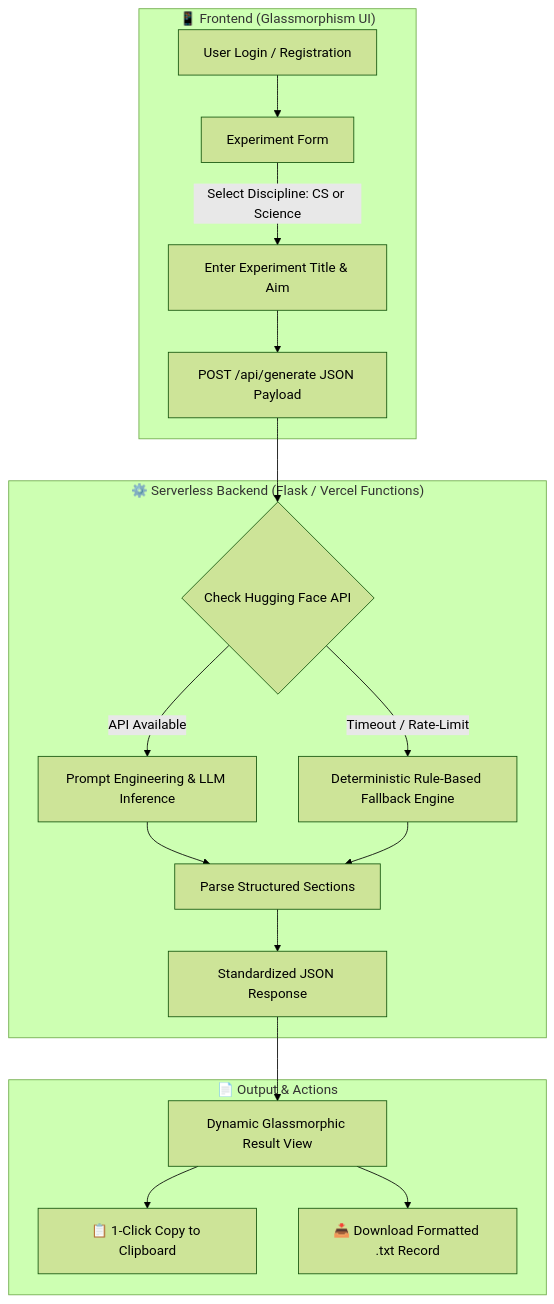
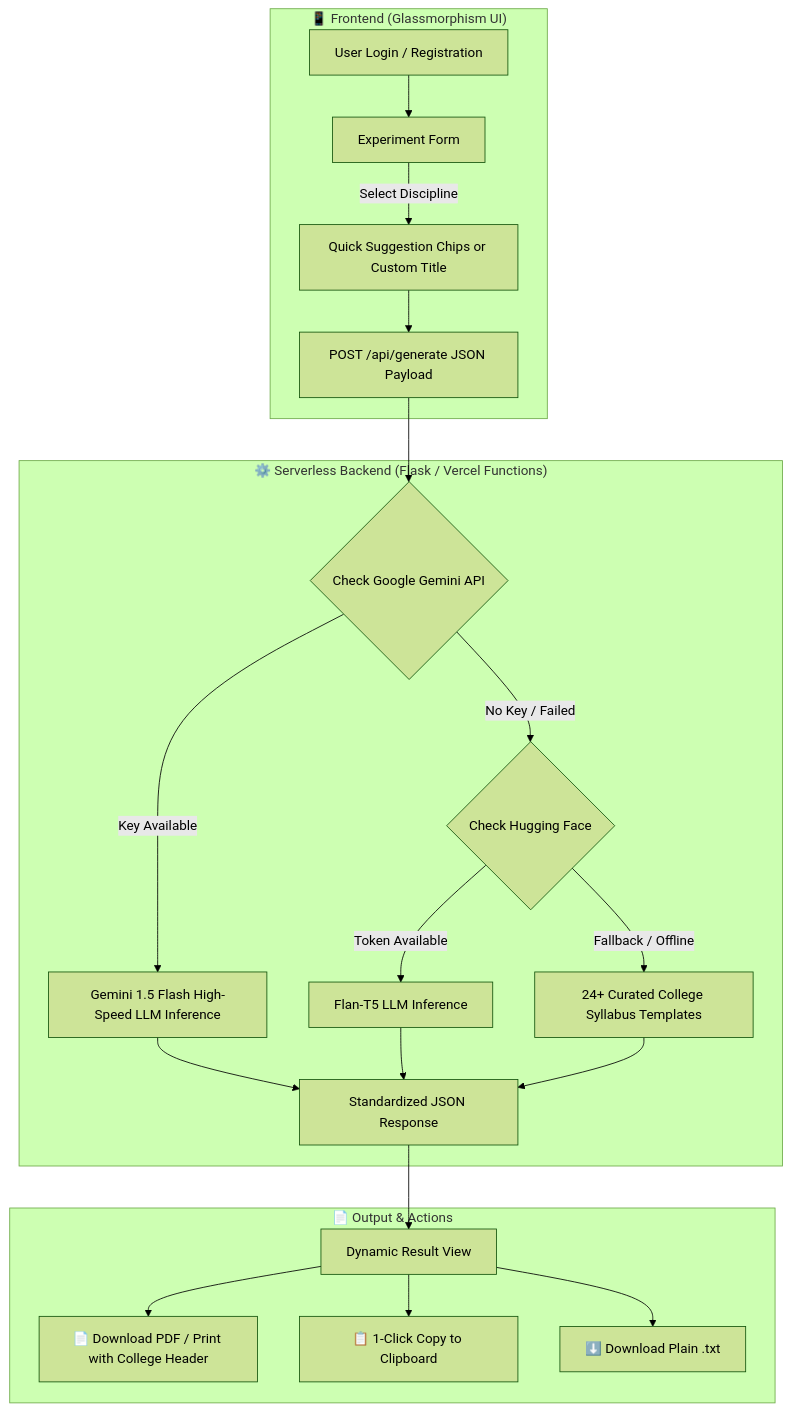
The diagram in README.md (ranjithbrs/AI-Lab-Record-Generator), drawn with Mermaid (forest theme) before and after one commit. The commit also changed 4 other files, not shown here.

Commit message:
feat: integrate Google Gemini Flash API for live dynamic AI record generation with 3-tier fallback

````diff
--- a/README.md
+++ b/README.md
@@ -31,23 +31,26 @@
 ```mermaid
 flowchart TD
     subgraph Client["📱 Frontend (Glassmorphism UI)"]
         A[User Login / Registration] --> B[Experiment Form]
-        B -->|Select Discipline: CS or Science| C[Enter Experiment Title & Aim]
+        B -->|Select Discipline| C[Quick Suggestion Chips or Custom Title]
         C --> D[POST /api/generate JSON Payload]
     end
 
     subgraph Backend["⚙️ Serverless Backend (Flask / Vercel Functions)"]
-        D --> E{Check Hugging Face API}
-        E -->|API Available| F[Prompt Engineering & LLM Inference]
-        E -->|Timeout / Rate-Limit| G[Deterministic Rule-Based Fallback Engine]
-        F --> H[Parse Structured Sections]
-        G --> H
-        H --> I[Standardized JSON Response]
+        D --> E{Check Google Gemini API}
+        E -->|Key Available| F[Gemini 1.5 Flash High-Speed LLM Inference]
+        E -->|No Key / Failed| G{Check Hugging Face}
+        G -->|Token Available| H[Flan-T5 LLM Inference]
+        G -->|Fallback / Offline| I[24+ Curated College Syllabus Templates]
+        F --> J[Standardized JSON Response]
+        H --> J
+        I --> J
     end
 
     subgraph Presentation["📄 Output & Actions"]
-        I --> J[Dynamic Glassmorphic Result View]
-        J --> K[📋 1-Click Copy to Clipboard]
-        J --> L[📥 Download Formatted .txt Record]
+        J --> K[Dynamic Result View]
+        K --> L[📄 Download PDF / Print with College Header]
+        K --> M[📋 1-Click Copy to Clipboard]
+        K --> N[⬇️ Download Plain .txt]
     end
 ```
````
